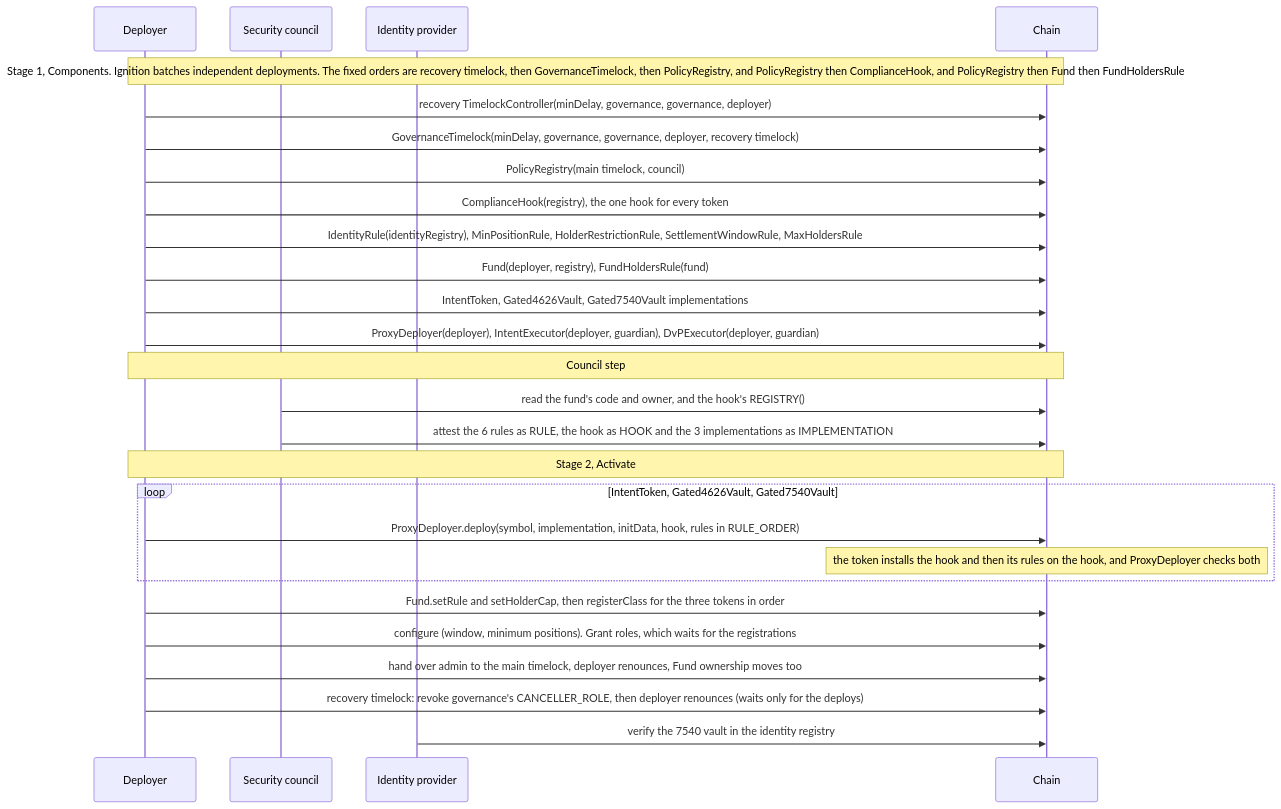
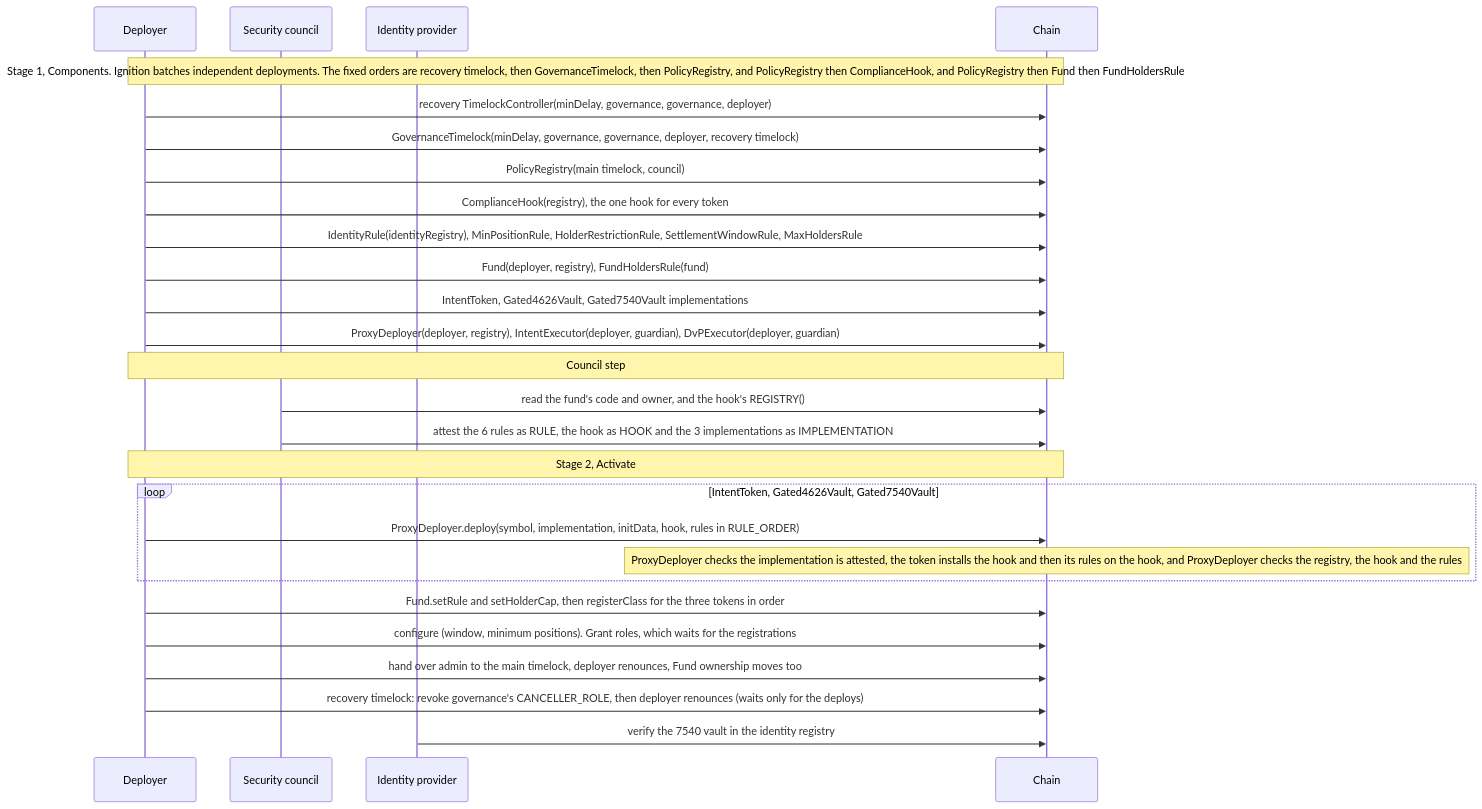
Before and after one commit to fepvenancio/rwa-token: the sixth of 6 diagrams in docs/governance-and-deployment.md, drawn with Mermaid. The commit also changed other lines of this file and 18 other files, not shown here.

First line of the commit message:
fix(deploy): ProxyDeployer refuses an unattested implementation and a token on another registry

````diff
--- a/docs/governance-and-deployment.md
+++ b/docs/governance-and-deployment.md
@@ -342,32 +347,32 @@
 ```mermaid
 sequenceDiagram
   participant D as Deployer
   participant Co as Security council
   participant IP as Identity provider
   participant Ch as Chain
 
   Note over D,Ch: Stage 1, Components. Ignition batches independent deployments. The fixed orders are recovery timelock, then GovernanceTimelock, then PolicyRegistry, and PolicyRegistry then ComplianceHook, and PolicyRegistry then Fund then FundHoldersRule
   D->>Ch: recovery TimelockController(minDelay, governance, governance, deployer)
   D->>Ch: GovernanceTimelock(minDelay, governance, governance, deployer, recovery timelock)
   D->>Ch: PolicyRegistry(main timelock, council)
   D->>Ch: ComplianceHook(registry), the one hook for every token
   D->>Ch: IdentityRule(identityRegistry), MinPositionRule, HolderRestrictionRule, SettlementWindowRule, MaxHoldersRule
   D->>Ch: Fund(deployer, registry), FundHoldersRule(fund)
   D->>Ch: IntentToken, Gated4626Vault, Gated7540Vault implementations
-  D->>Ch: ProxyDeployer(deployer), IntentExecutor(deployer, guardian), DvPExecutor(deployer, guardian)
+  D->>Ch: ProxyDeployer(deployer, registry), IntentExecutor(deployer, guardian), DvPExecutor(deployer, guardian)
 
   Note over D,Ch: Council step
   Co->>Ch: read the fund's code and owner, and the hook's REGISTRY()
   Co->>Ch: attest the 6 rules as RULE, the hook as HOOK and the 3 implementations as IMPLEMENTATION
 
   Note over D,Ch: Stage 2, Activate
   loop IntentToken, Gated4626Vault, Gated7540Vault
     D->>Ch: ProxyDeployer.deploy(symbol, implementation, initData, hook, rules in RULE_ORDER)
-    Note over Ch: the token installs the hook and then its rules on the hook, and ProxyDeployer checks both
+    Note over Ch: ProxyDeployer checks the implementation is attested, the token installs the hook and then its rules on the hook, and ProxyDeployer checks the registry, the hook and the rules
   end
   D->>Ch: Fund.setRule and setHolderCap, then registerClass for the three tokens in order
   D->>Ch: configure (window, minimum positions). Grant roles, which waits for the registrations
   D->>Ch: hand over admin to the main timelock, deployer renounces, Fund ownership moves too
   D->>Ch: recovery timelock: revoke governance's CANCELLER_ROLE, then deployer renounces (waits only for the deploys)
   IP->>Ch: verify the 7540 vault in the identity registry
 ```
````
